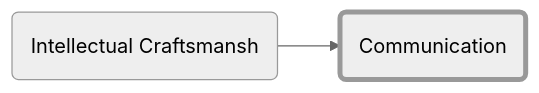
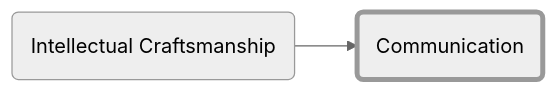
Before and after one commit to forrestpitz/forrestpitz.github.io: the diagram in _posts/2023-01-05-communication.md, drawn with Mermaid (neutral theme). The commit also changed 21 other files, not shown here.

````diff
--- a/_posts/2023-01-05-communication.md
+++ b/_posts/2023-01-05-communication.md
@@ -11,8 +11,8 @@
 ```mermaid
 graph LR;
-  A(Intellectual Craftsmansh)-->B(Communication)
+  A(Intellectual Craftsmanship)-->B(Communication)
 
   style B stroke-width:4px
 
   click A "{% post_url 2023-01-05-intro %}"
 ```
````
